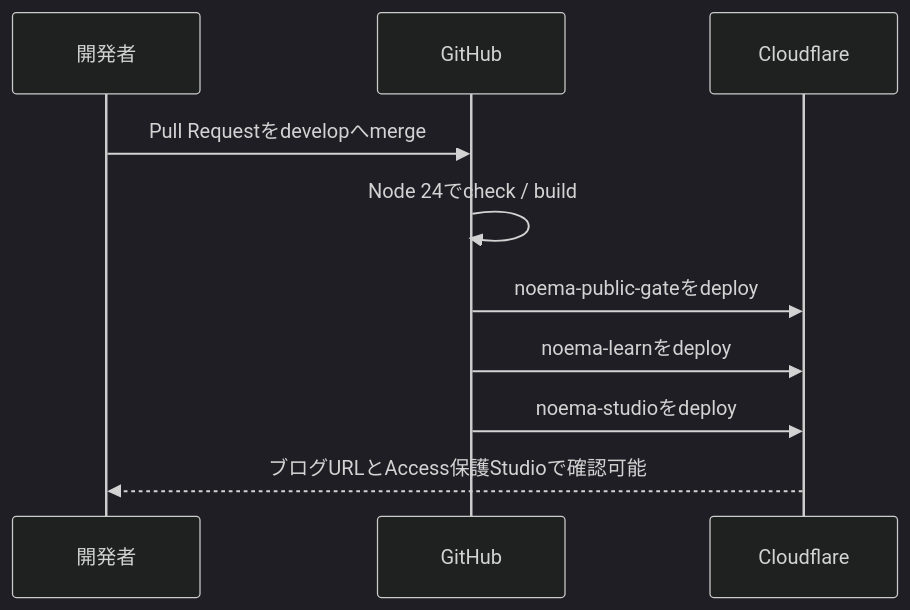
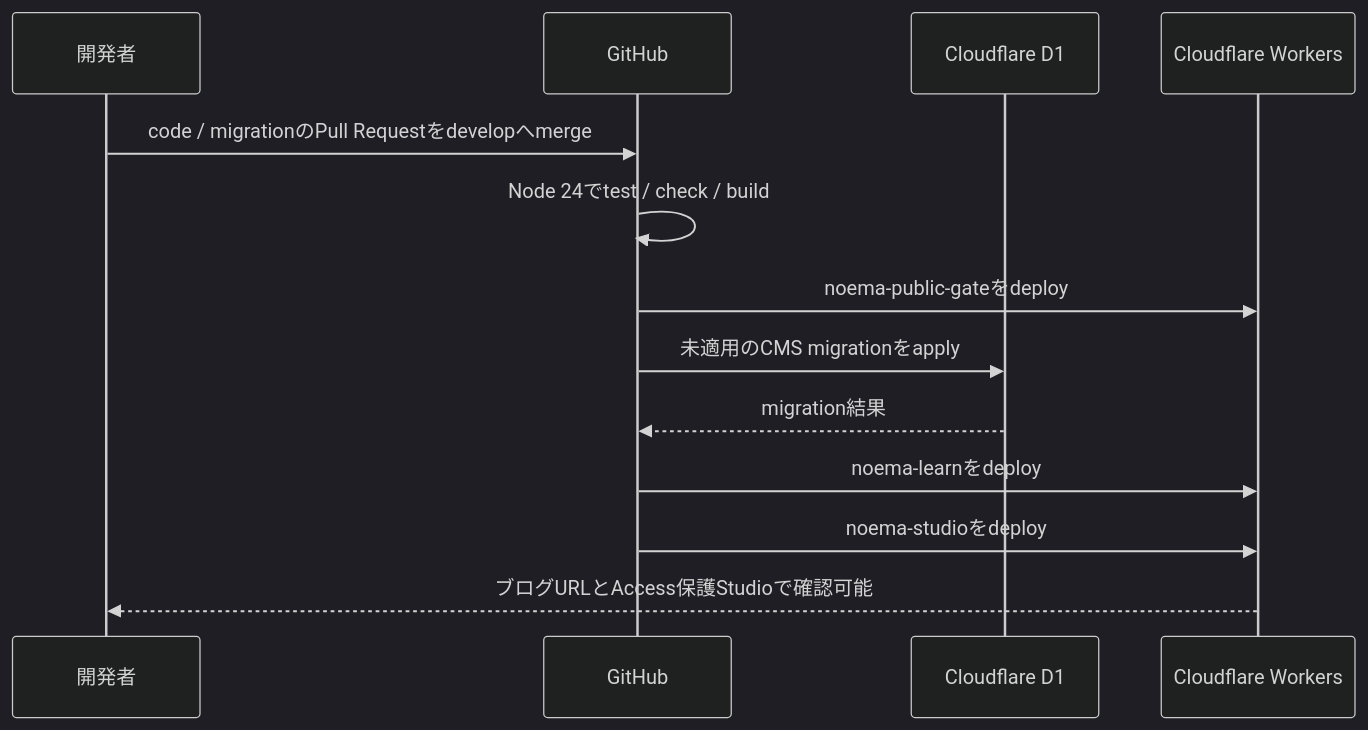
Before and after one commit to mani1261790/Noema: the diagram in docs/development-deployment.md, drawn with Mermaid (dark theme). The commit also changed other lines of this file and 10 other files, not shown here.

Commit message:
Document and automate the CMS publishing flow

````diff
--- a/docs/development-deployment.md
+++ b/docs/development-deployment.md
@@ -30,12 +35,15 @@
 ```mermaid
 sequenceDiagram
   participant Dev as 開発者
   participant GH as GitHub
-  participant CF as Cloudflare
-  Dev->>GH: Pull Requestをdevelopへmerge
-  GH->>GH: Node 24でcheck / build
+  participant D1 as Cloudflare D1
+  participant CF as Cloudflare Workers
+  Dev->>GH: code / migrationのPull Requestをdevelopへmerge
+  GH->>GH: Node 24でtest / check / build
   GH->>CF: noema-public-gateをdeploy
+  GH->>D1: 未適用のCMS migrationをapply
+  D1-->>GH: migration結果
   GH->>CF: noema-learnをdeploy
   GH->>CF: noema-studioをdeploy
   CF-->>Dev: ブログURLとAccess保護Studioで確認可能
 ```
````
